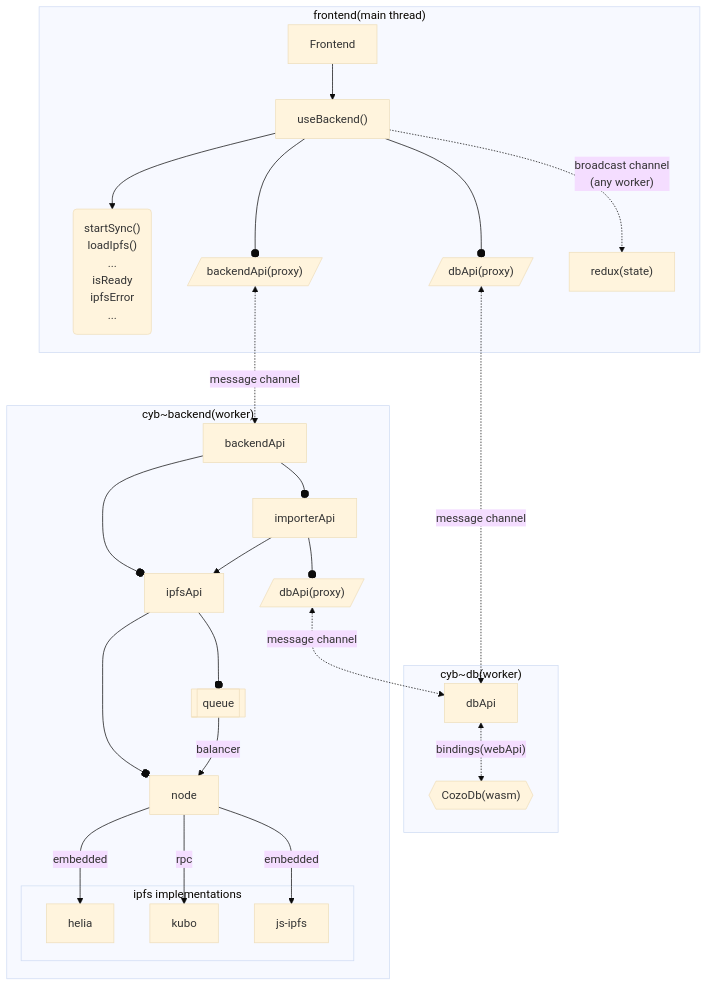
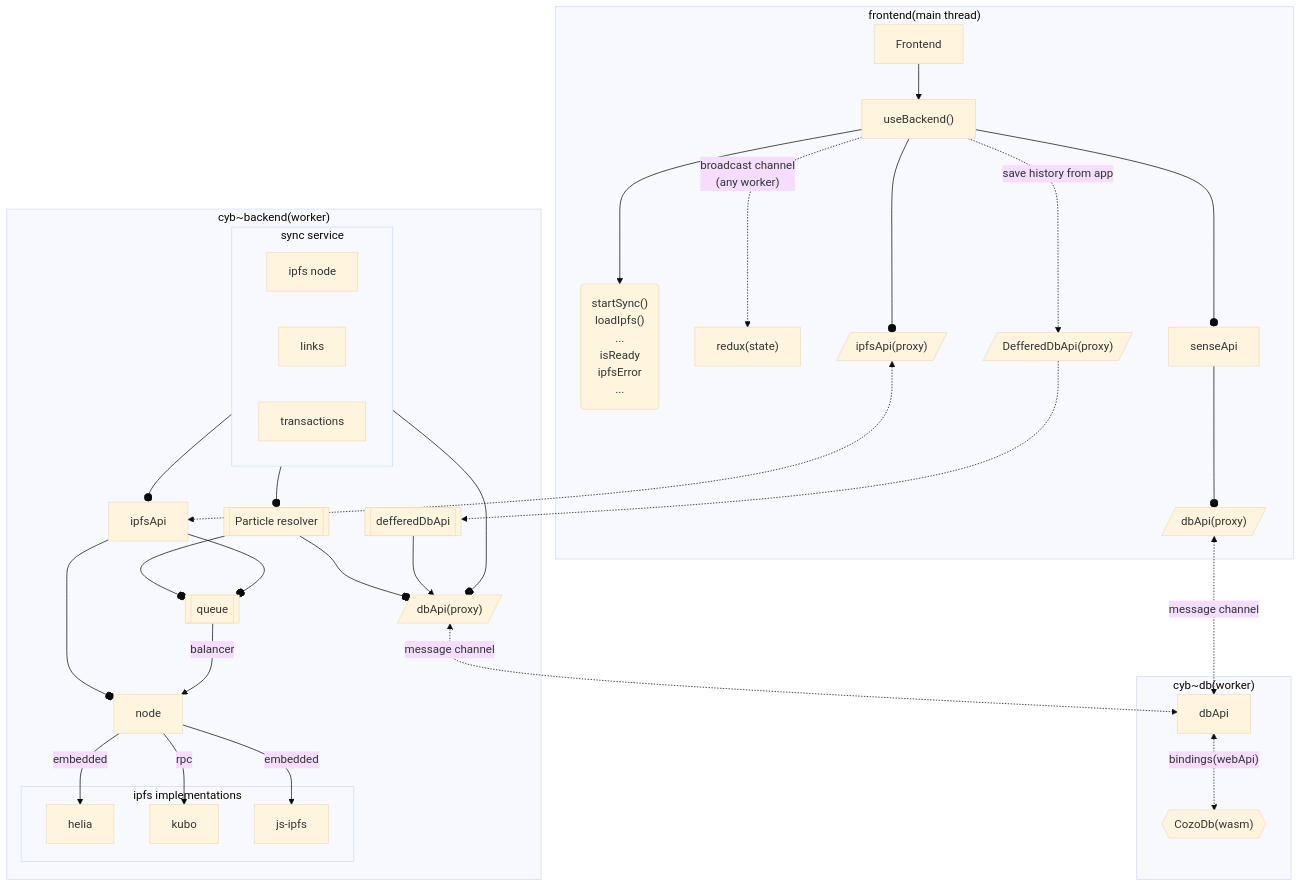
The diagram in docs/backend.md (cybercongress/cyb-ts), drawn with Mermaid (base theme) before and after one commit. The commit also changed 2 other files, not shown here.

Commit message:
feat(sync): rename summary field name

````diff
--- a/docs/backend.md
+++ b/docs/backend.md
@@ -3,41 +3,49 @@
 ```mermaid
 graph TD;
 
     subgraph frontend["frontend(main thread)"]
         App["Frontend"]-->Hook["useBackend()"];
         Hook-->methods("startSync()\nloadIpfs()\n...\nisReady\nipfsError\n...");
-        Hook--odbApi[/"dbApi(proxy)"/];
-        Hook--obackendApiFront[/"backendApi(proxy)"/];
         Hook-.broadcast channel\n(any worker).->reducer["redux(state)"]
+        Hook-.save history from app.->defferedDbApiFront[/"DefferedDbApi(proxy)"/]
+        Hook--osenseApi["senseApi"];
+        Hook--oipfsApiFront[/"ipfsApi(proxy)"/];
+        senseApi--odbApi[/"dbApi(proxy)"/];
     end
 
     dbApi<-.message channel.->dbWorker["dbApi"];
     subgraph dbWorkerGraph["cyb~db(worker)"]
         dbWorker<-.bindings(webApi).->cozodb{{"CozoDb(wasm)"}}
     end
 
-    backendApiFront<-.message channel.->backendApi;
+    defferedDbApiFront-.->defferedDbApi;
+    ipfsApiFront<-.->ipfsApi;
+    subgraph backgroundWorker["cyb~backend(worker)"]
+        subgraph sync["sync service"]
+            ipfsNode["ipfs node"];
+            links;
+            transactions;
+        end
+        sync--oparticleResolver[["Particle resolver"]]
+        particleResolver--oqueue;
+        particleResolver--odbProxyWorker;
+        sync--oipfsApi;
+        sync--odbProxyWorker[/"dbApi(proxy)"/];
+        defferedDbApi[["defferedDbApi"]]-->dbProxyWorker;
 
-    subgraph backgroundWorker["cyb~backend(worker)"]
-        backendApi--oipfsApi;
-        backendApi--oimporterApi;
-        importerApi;
-        ipfsApi;
-        importerApi-->ipfsApi;
         ipfsApi--oqueue[["queue"]];
-        ipfsApi--o node["node"];
+        ipfsApi--onode["node"];
         queue--balancer-->node;
         node--embedded-->helia;
         node--rpc-->kubo;
         node--embedded-->js-ipfs;
         subgraph ipfs["ipfs implementations"]
             helia;
             kubo;
             js-ipfs;
         end
 
-        importerApi--odbProxyWorker[/"dbApi(proxy)"/];
         dbProxyWorker<-.message channel.->dbWorker
     end
 
 ```
````
